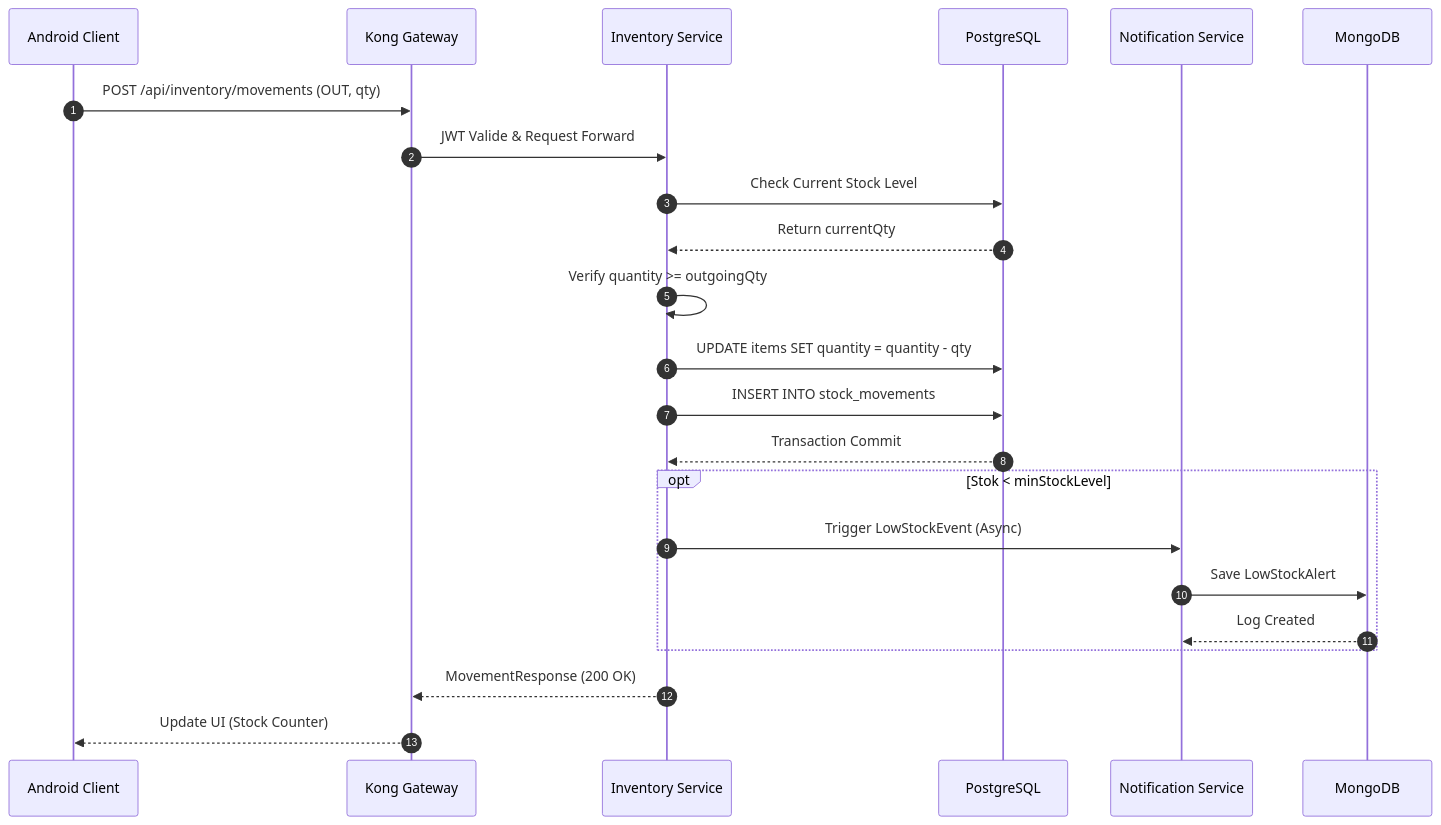
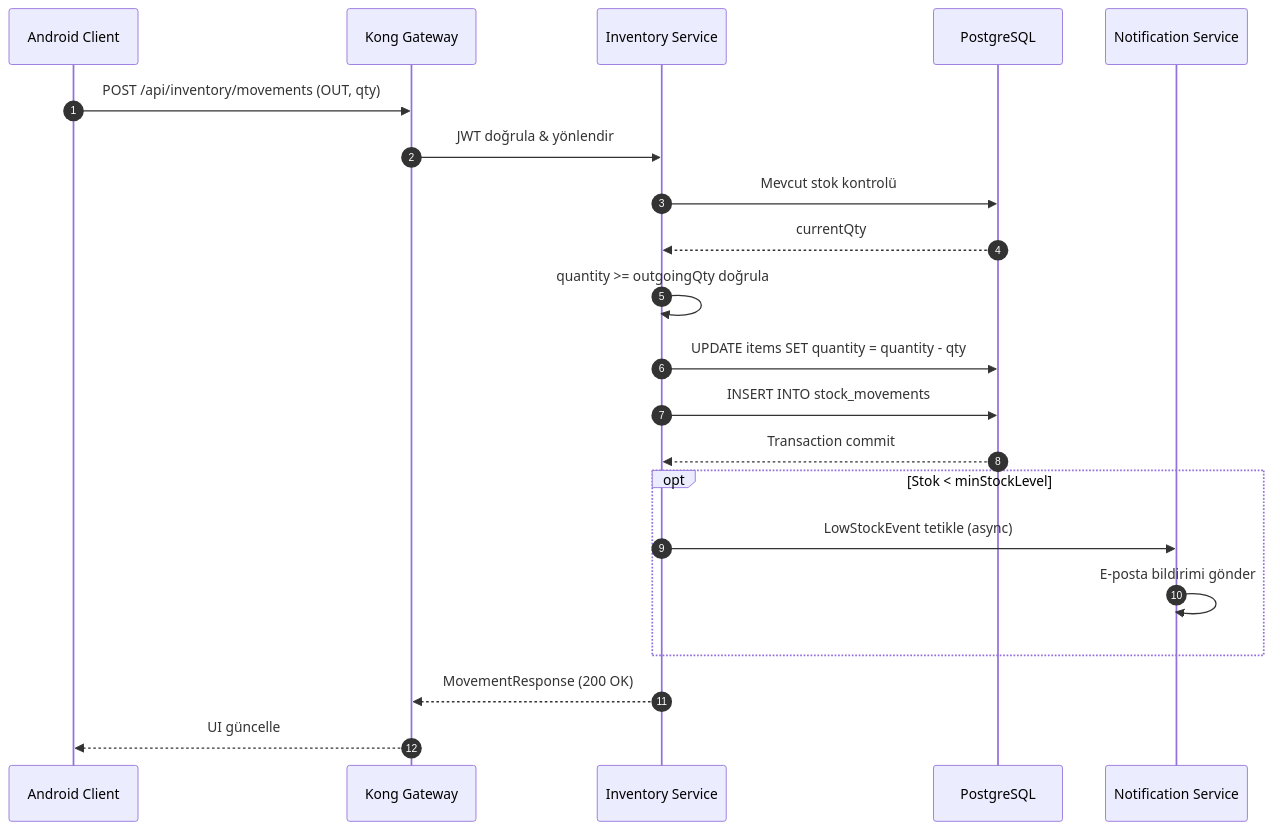
One commit to EfekanDemir/Inventory_System changed the fourth of 4 diagrams in README.md. Above: the diagram before and after it, drawn with Mermaid. The commit also changed other lines of this file and 2 other files, not shown here.

````diff
--- a/README.md
+++ b/README.md
@@ -199,26 +237,24 @@
 ```mermaid
 sequenceDiagram
     autonumber
     participant A as Android Client
     participant G as Kong Gateway
     participant I as Inventory Service
     participant DB as PostgreSQL
     participant N as Notification Service
-    participant M as MongoDB
 
     A->>G: POST /api/inventory/movements (OUT, qty)
-    G->>I: JWT Valide & Request Forward
-    I->>DB: Check Current Stock Level
-    DB-->>I: Return currentQty
-    I->>I: Verify quantity >= outgoingQty
+    G->>I: JWT doğrula & yönlendir
+    I->>DB: Mevcut stok kontrolü
+    DB-->>I: currentQty
+    I->>I: quantity >= outgoingQty doğrula
     I->>DB: UPDATE items SET quantity = quantity - qty
     I->>DB: INSERT INTO stock_movements
-    DB-->>I: Transaction Commit
+    DB-->>I: Transaction commit
     opt Stok < minStockLevel
-        I->>N: Trigger LowStockEvent (Async)
-        N->>M: Save LowStockAlert
-        M-->>N: Log Created
+        I->>N: LowStockEvent tetikle (async)
+        N->>N: E-posta bildirimi gönder
     end
     I-->>G: MovementResponse (200 OK)
-    G-->>A: Update UI (Stock Counter)
+    G-->>A: UI güncelle
 ```
````
